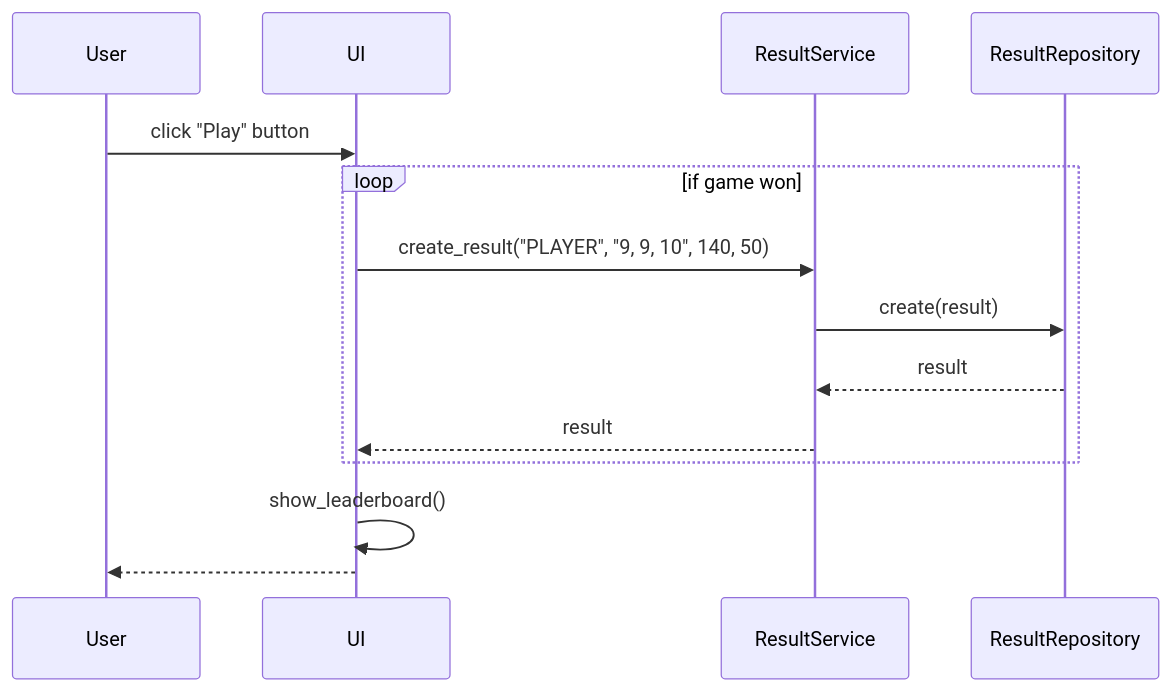
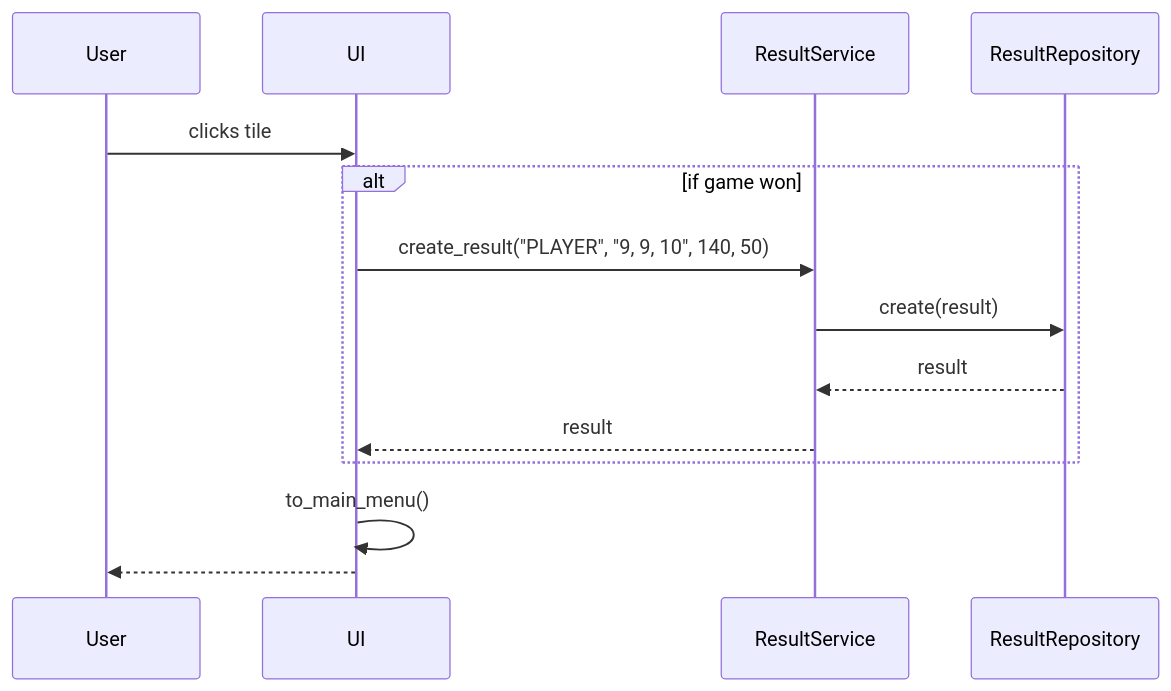
The fourth of 6 diagrams in dokumentaatio/arkkitehtuuri.md (xelmas/ot-miinaharava), drawn with Mermaid before and after one commit. The commit also changed other lines of this file, not shown here.

````diff
--- a/dokumentaatio/arkkitehtuuri.md
+++ b/dokumentaatio/arkkitehtuuri.md
@@ -115,12 +150,12 @@
 ```mermaid
 sequenceDiagram
-  User ->> UI: click "Play" button
-  loop if game won
+  User ->> UI: clicks tile
+  alt if game won
     UI ->> ResultService: create_result("PLAYER", "9, 9, 10", 140, 50)
     ResultService ->> ResultRepository: create(result)
     ResultRepository -->> ResultService: result
     ResultService -->> UI: result
   end
-  UI ->> UI: show_leaderboard()
+  UI ->> UI: to_main_menu()
   UI -->> User: 
 ```
````
